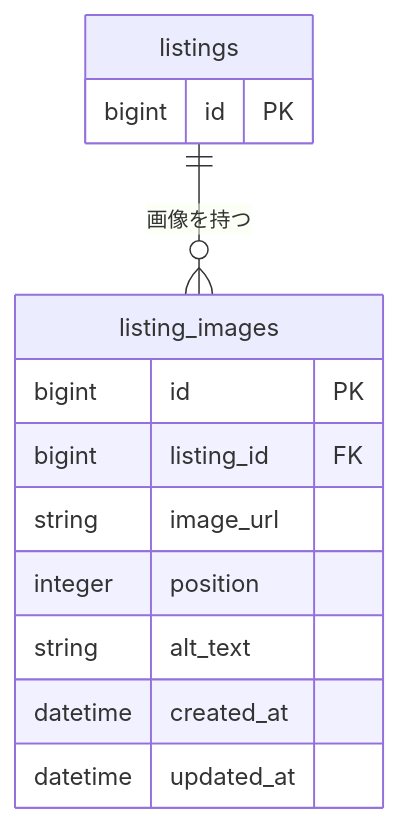
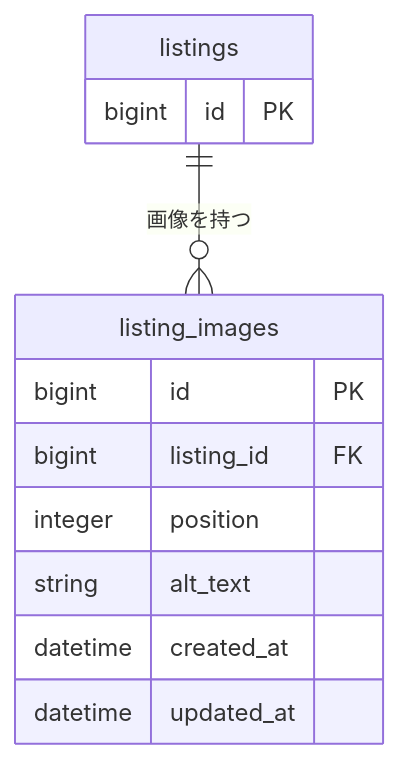
One commit to t0kio2/community-hub changed the fourth of 5 diagrams in docs/er/01-listing.md. Above: the diagram before and after it, drawn with Mermaid. The commit also changed other lines of this file and 5 other files, not shown here.

````diff
--- a/docs/er/01-listing.md
+++ b/docs/er/01-listing.md
@@ -142,18 +142,17 @@
 ```mermaid
 erDiagram
     listings {
         bigint id PK
     }
 
     listing_images {
         bigint id PK
         bigint listing_id FK
-        string image_url
         integer position
         string alt_text
         datetime created_at
         datetime updated_at
     }
 
     listings ||--o{ listing_images : "画像を持つ"
 ```
````
